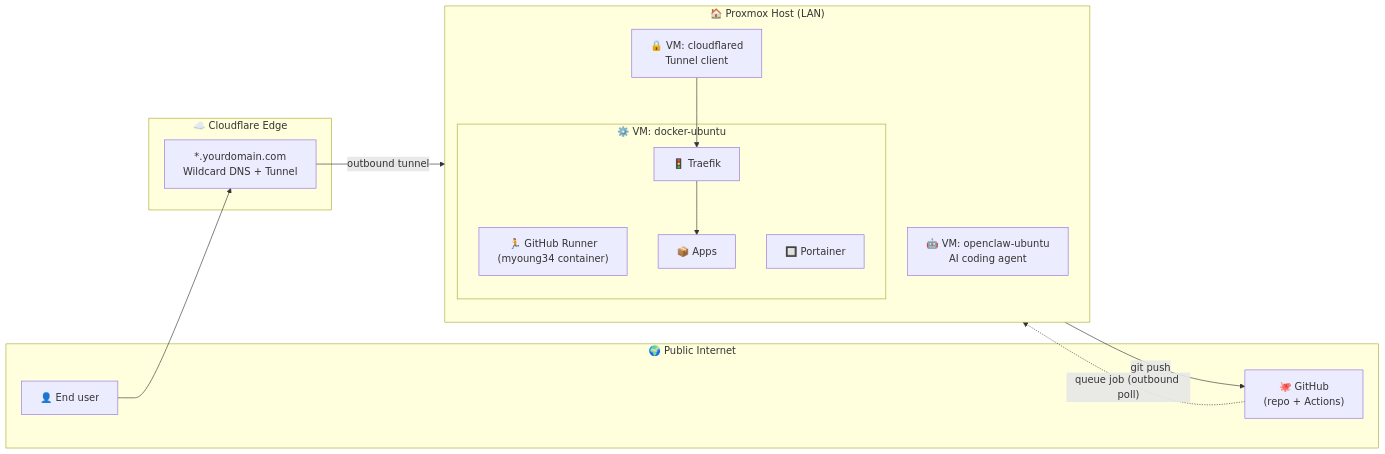
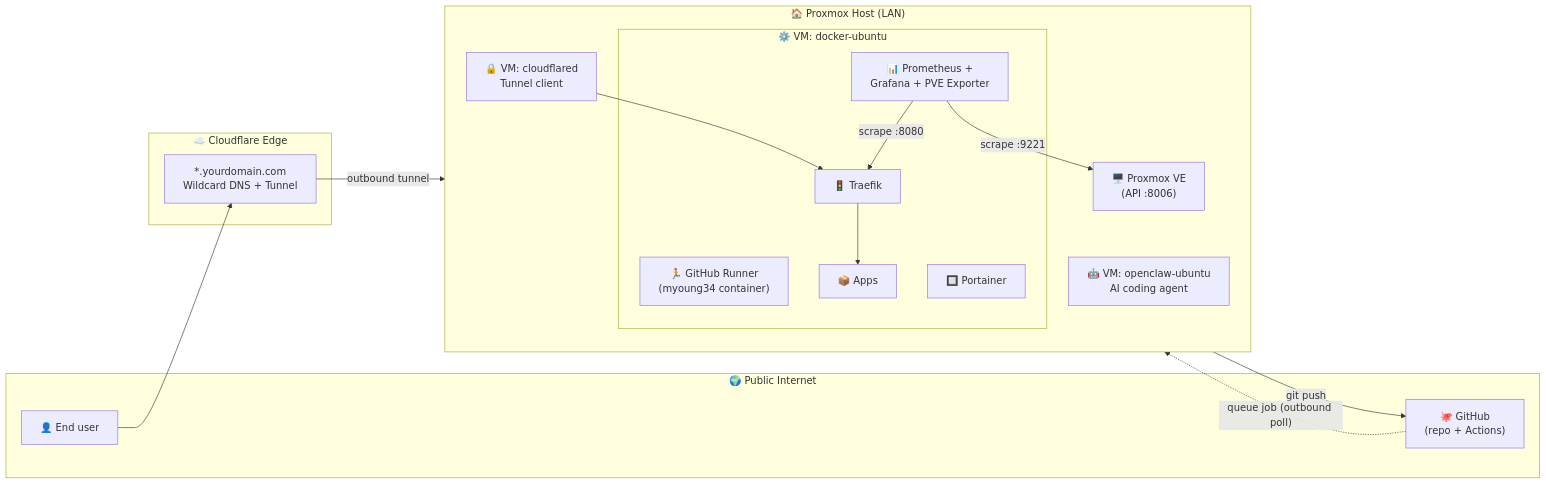
The first of 4 diagrams in README.md (fire3san/homelabpipeline), drawn with Mermaid before and after one commit. The commit also changed other lines of this file and 3 other files, not shown here.

First line of the commit message:
Add monitoring stack (Prometheus + Grafana + PVE Exporter)

````diff
--- a/README.md
+++ b/README.md
@@ -53,30 +55,34 @@
 ```mermaid
 flowchart LR
     subgraph Cloud["☁️ Cloudflare Edge"]
         CF["*.yourdomain.com<br/>Wildcard DNS + Tunnel"]
     end
 
     subgraph Internet["🌍 Public Internet"]
         User["👤 End user"]
         GH["🐙 GitHub<br/>(repo + Actions)"]
     end
 
     subgraph Homelab["🏠 Proxmox Host (LAN)"]
         direction TB
         Claw["🤖 VM: openclaw-ubuntu<br/>AI coding agent"]
         subgraph DockerVM["⚙️ VM: docker-ubuntu"]
             Runner["🏃 GitHub Runner<br/>(myoung34 container)"]
             Portainer["🔲 Portainer"]
             Traefik["🚦 Traefik"]
+            Monitoring["📊 Prometheus +<br/>Grafana + PVE Exporter"]
             Apps["📦 Apps"]
         end
         Tunnel["🔒 VM: cloudflared<br/>Tunnel client"]
+        PVE["🖥️ Proxmox VE<br/>(API :8006)"]
     end
 
     Claw -- "git push" --> GH
     GH -. "queue job (outbound poll)" .-> Runner
     User --> CF
     CF -- "outbound tunnel" --> Tunnel
     Tunnel --> Traefik
     Traefik --> Apps
+    Monitoring -- "scrape :9221" --> PVE
+    Monitoring -- "scrape :8080" --> Traefik
 ```
````
